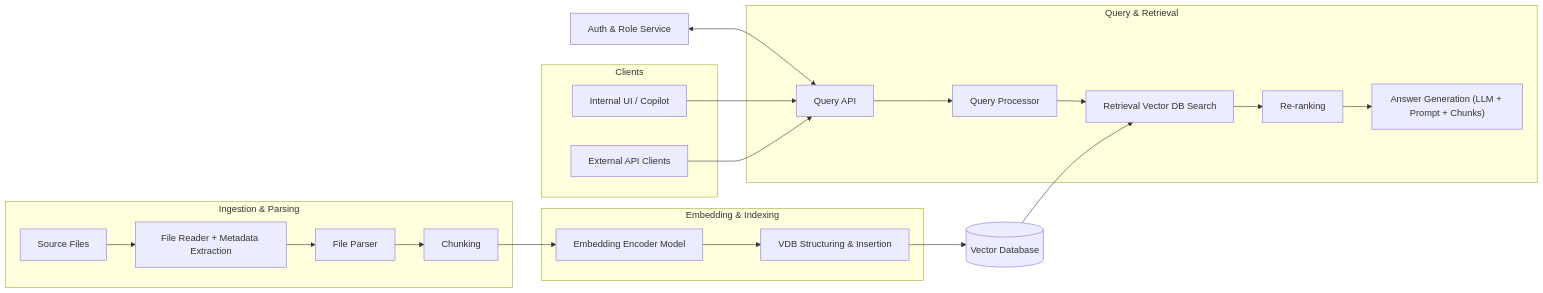
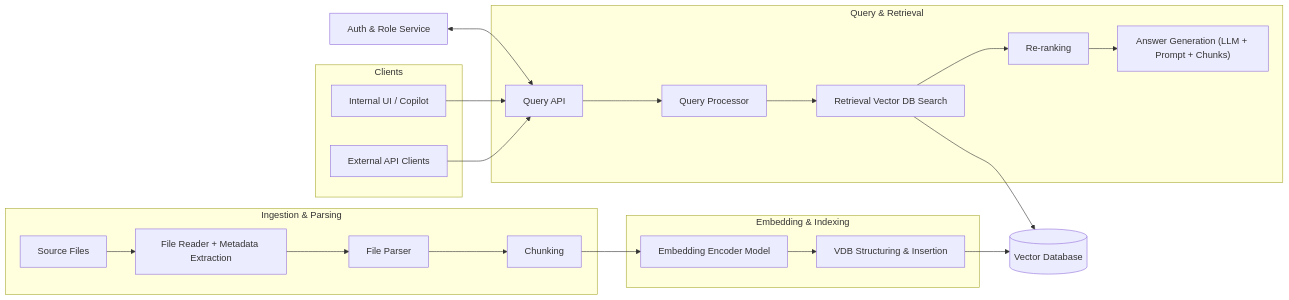
One commit to qualabs/SMPTE-Copilot changed the diagram in docs/architecture-overview.md. Above: the diagram before and after it, drawn with Mermaid.

Commit message:
updated diagram

````diff
--- a/docs/architecture-overview.md
+++ b/docs/architecture-overview.md
@@ -16,48 +16,48 @@
 ```mermaid
 flowchart LR
     %% INTAKE PIPELINE
     subgraph Ingestion_and_Parsing["Ingestion & Parsing"]
         F[Source Files]
         FR[File Reader + Metadata Extraction]
         FP[File Parser]
         CH[Chunking]
 
         F --> FR --> FP --> CH
     end
 
     subgraph Embedding_and_Indexing["Embedding & Indexing"]
         EM[Embedding Encoder Model]
         VDBS[VDB Structuring & Insertion]
 
         CH --> EM --> VDBS
     end
 
     VDB[(Vector Database)]
 
     VDBS --> VDB
 
     %% QUERY SIDE
     subgraph Query_and_Retrieval["Query & Retrieval"]
         QA[Query API]
         QP[Query Processor]
         RT[Retrieval Vector DB Search]
         RR[Re-ranking]
         AG["Answer Generation (LLM + Prompt + Chunks)"]
 
         QA --> QP --> RT --> RR --> AG
     end
 
     %% AUTH SERVICE
     AUTH[Auth & Role Service]
     AUTH <--> QA
 
     subgraph Clients["Clients"]
         C1[Internal UI / Copilot]
         C2[External API Clients]
     end
 
     C1 --> QA
     C2 --> QA
 
-    VDB --> RT
+    RT --> VDB
 ```
````
